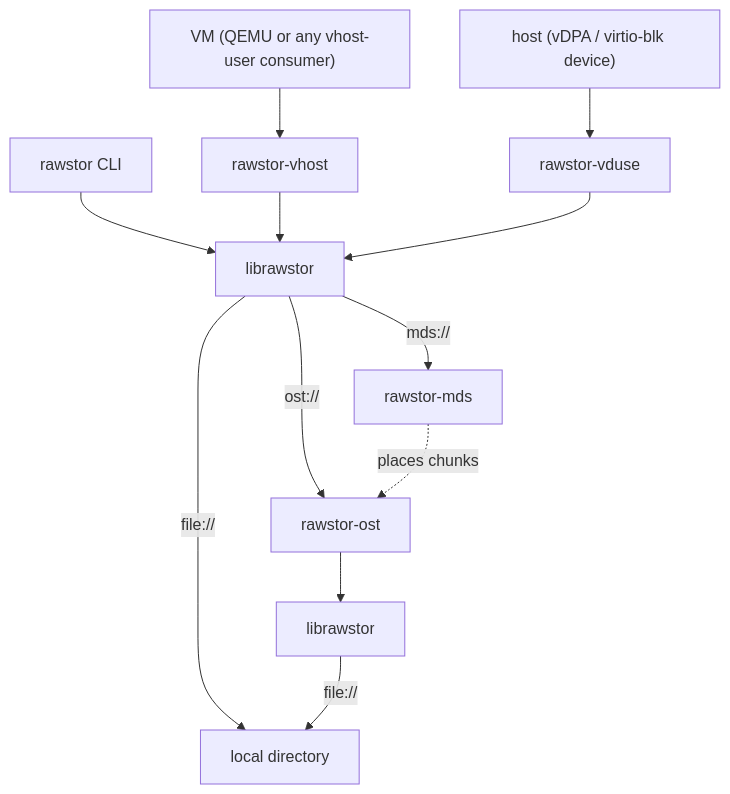
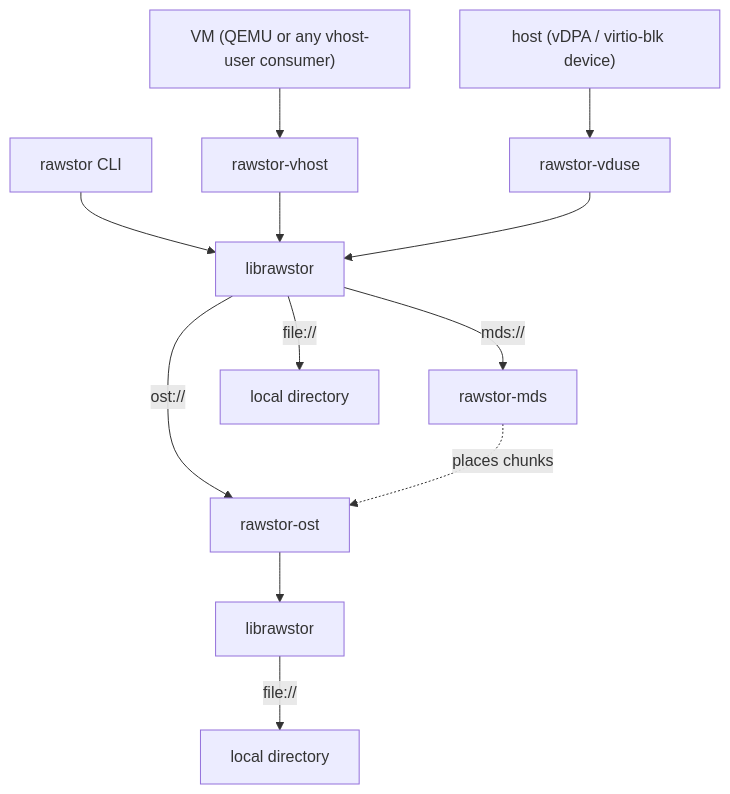
One commit to rawstor/librawstor changed the diagram in docs/index.md. Above: the diagram before and after it, drawn with Mermaid.

Commit message:
docs: give each librawstor its own local directory in the index diagram

````diff
--- a/docs/index.md
+++ b/docs/index.md
@@ -27,14 +27,14 @@
 ```mermaid
 flowchart TD
     vm["VM (QEMU or any vhost-user consumer)"] --> vhost["rawstor-vhost"]
     host["host (vDPA / virtio-blk device)"] --> vduse["rawstor-vduse"]
     cli["rawstor CLI"] --> lib["librawstor"]
     vhost --> lib
     vduse --> lib
     lib -->|"mds://"| mds["rawstor-mds"]
     lib -->|"ost://"| ost1["rawstor-ost"]
-    lib -->|"file://"| fs["local directory"]
+    lib -->|"file://"| fs1["local directory"]
     mds -. "places chunks" .-> ost1
     ost1 --> lib2["librawstor"]
-    lib2 -->|"file://"| fs
+    lib2 -->|"file://"| fs2["local directory"]
 ```
````
